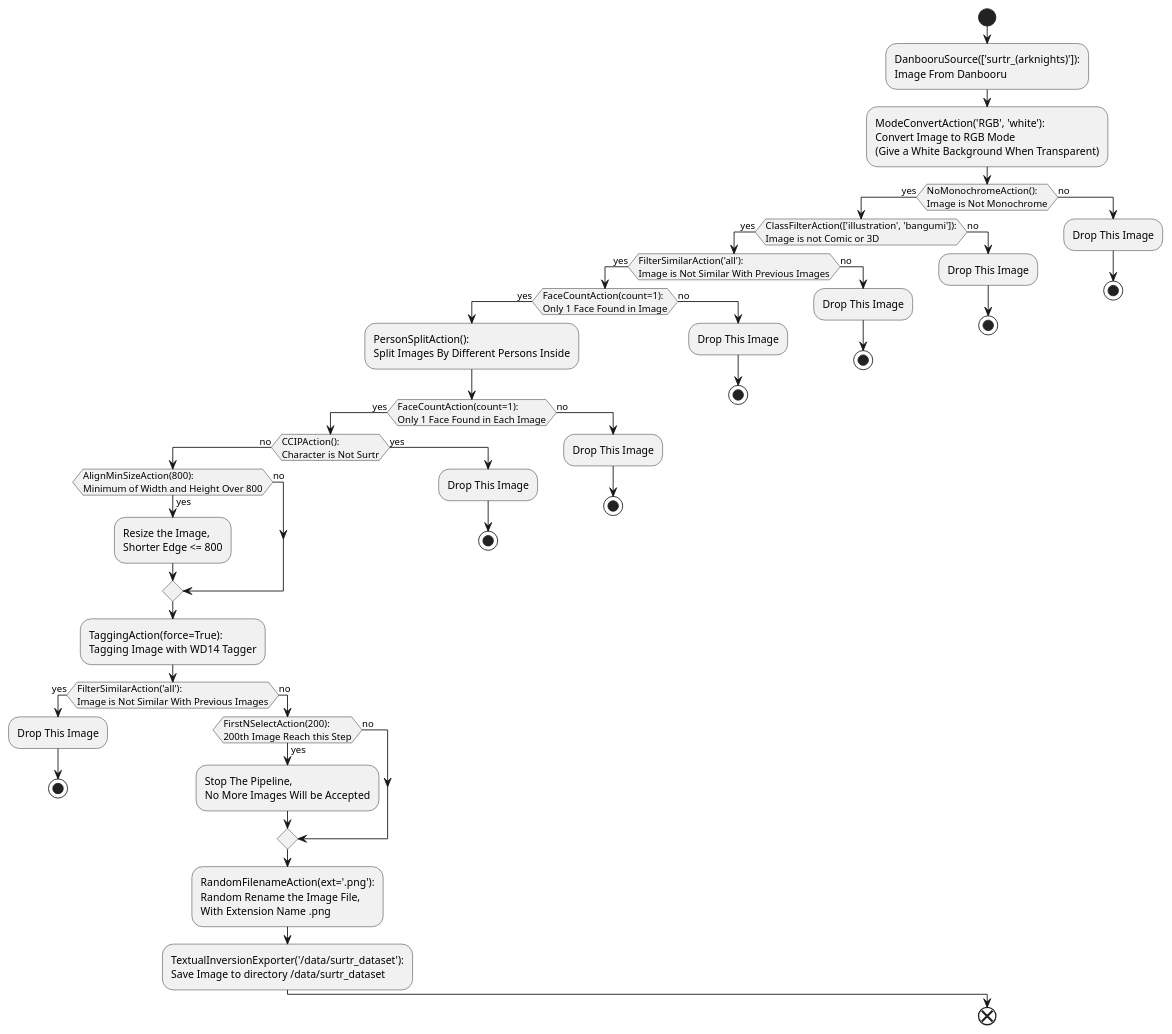
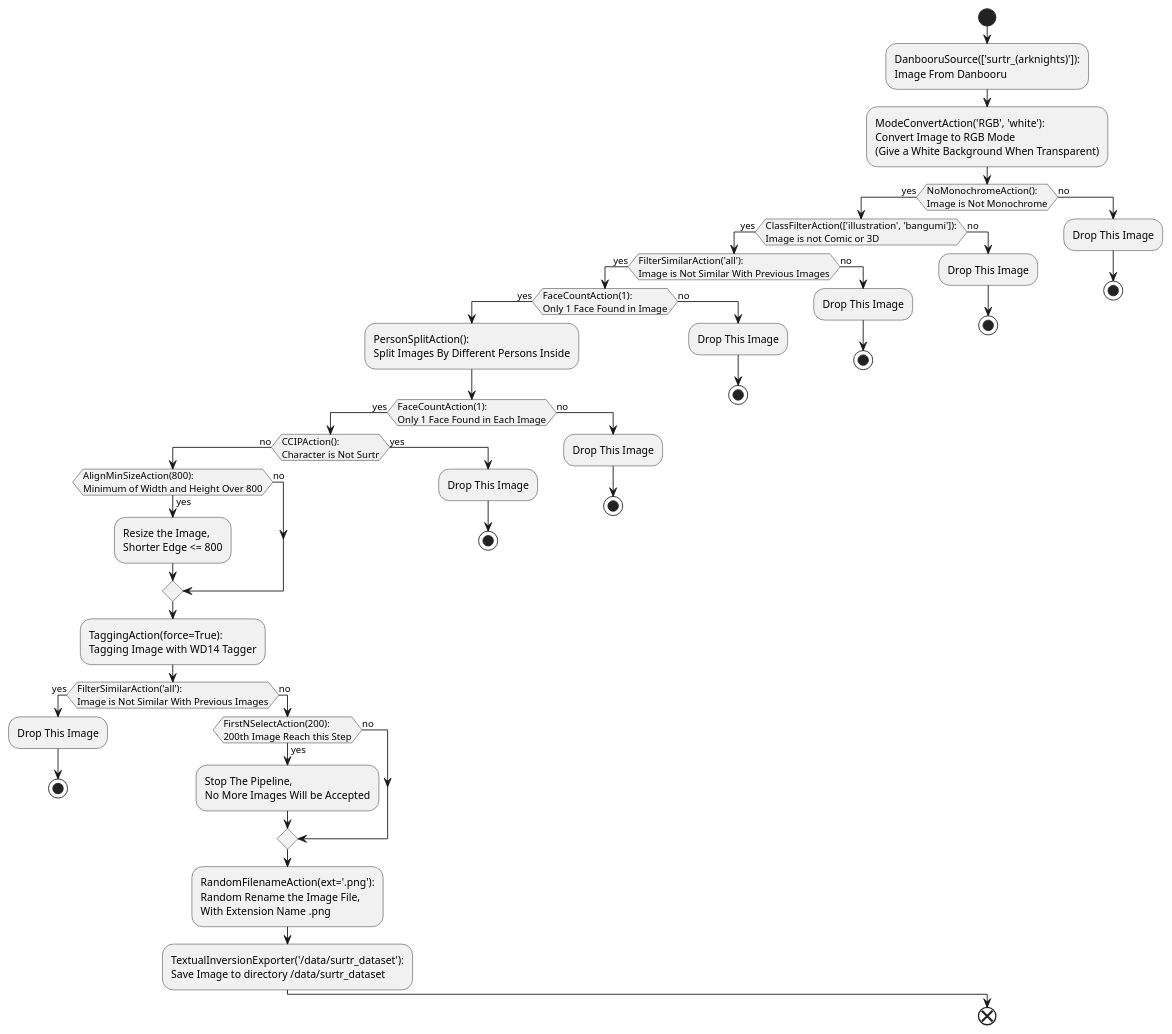
Before and after one commit to deepghs/waifuc: the diagram in docs/source/tutorials/quick_start/sample_workflow.puml, drawn with PlantUML. The commit also changed 7 other files, not shown here.

```diff
--- a/docs/source/tutorials/quick_start/sample_workflow.puml
+++ b/docs/source/tutorials/quick_start/sample_workflow.puml
@@ -1,54 +1,54 @@
 @startuml
 start
 :DanbooruSource(['surtr_(arknights)']):\nImage From Danbooru;
 :ModeConvertAction('RGB', 'white'):\nConvert Image to RGB Mode\n(Give a White Background When Transparent);
 
 if (NoMonochromeAction():\nImage is Not Monochrome) then (yes)
   if (ClassFilterAction(['illustration', 'bangumi']):\nImage is not Comic or 3D) then (yes)
     if (FilterSimilarAction('all'):\nImage is Not Similar With Previous Images) then (yes)
-      if (FaceCountAction(count=1):\nOnly 1 Face Found in Image) then (yes)
+      if (FaceCountAction(1):\nOnly 1 Face Found in Image) then (yes)
         :PersonSplitAction():\nSplit Images By Different Persons Inside;
-        if (FaceCountAction(count=1):\nOnly 1 Face Found in Each Image) then (yes)
+        if (FaceCountAction(1):\nOnly 1 Face Found in Each Image) then (yes)
           if (CCIPAction():\nCharacter is Not Surtr) then (no)
             if (AlignMinSizeAction(800):\nMinimum of Width and Height Over 800) then (yes)
               :Resize the Image,\nShorter Edge <= 800;
             else (no)
             endif
             :TaggingAction(force=True):\nTagging Image with WD14 Tagger;
             if (FilterSimilarAction('all'):\nImage is Not Similar With Previous Images) then (yes)
               :Drop This Image;
               stop
             else (no)
               if (FirstNSelectAction(200):\n200th Image Reach this Step) then (yes)
                 :Stop The Pipeline,\nNo More Images Will be Accepted;
               else (no)
               endif
               :RandomFilenameAction(ext='.png'):\nRandom Rename the Image File,\nWith Extension Name .png;
               :TextualInversionExporter('/data/surtr_dataset'):\nSave Image to directory /data/surtr_dataset;
             endif
           else (yes)
             :Drop This Image;
             stop
           endif
         else (no)
           :Drop This Image;
           stop
         endif
       else (no)
         :Drop This Image;
         stop
       endif
     else (no)
       :Drop This Image;
       stop
     endif
   else (no)
     :Drop This Image;
     stop
   endif
 else (no)
   :Drop This Image;
   stop
 endif
 end
 @enduml
```
